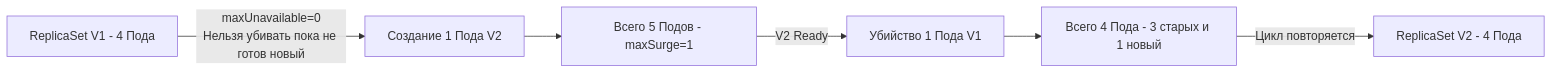
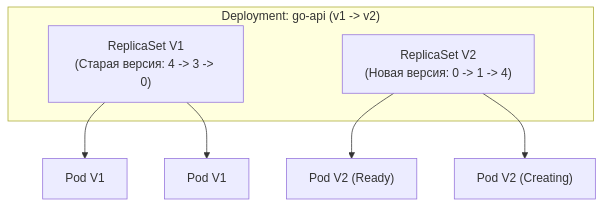
Before and after one commit to UnrealTemplier/go-textbook: the first of 3 diagrams in sources/19. Инфраструктура. Linux, nginx, Docker, Kubernetes/05. Практика/2. Rolling updates.md, drawn with Mermaid. The commit also changed other lines of this file, not shown here.

````diff
--- a/sources/19. Инфраструктура. Linux, nginx, Docker, Kubernetes/05. Практика/2. Rolling updates.md
+++ b/sources/19. Инфраструктура. Linux, nginx, Docker, Kubernetes/05. Практика/2. Rolling updates.md
@@ -31,8 +17,12 @@
 ```mermaid
-flowchart LR
-    A["ReplicaSet V1 - 4 Пода"] -->|"maxUnavailable=0<br>Нельзя убивать пока не готов новый"| B["Создание 1 Пода V2"]
-    B --> C["Всего 5 Подов - maxSurge=1"]
-    C -->|"V2 Ready"| D["Убийство 1 Пода V1"]
-    D --> E["Всего 4 Пода - 3 старых и 1 новый"]
-    E -->|"Цикл повторяется"| F["ReplicaSet V2 - 4 Пода"]
+flowchart TD
+    subgraph Deployment["Deployment: go-api (v1 -> v2)"]
+        RS1["ReplicaSet V1\n(Старая версия: 4 -> 3 -> 0)"]
+        RS2["ReplicaSet V2\n(Новая версия: 0 -> 1 -> 4)"]
+    end
+    
+    RS1 --> PodOld1["Pod V1"]
+    RS1 --> PodOld2["Pod V1"]
+    RS2 --> PodNew1["Pod V2 (Ready)"]
+    RS2 --> PodNew2["Pod V2 (Creating)"]
 ```
````
